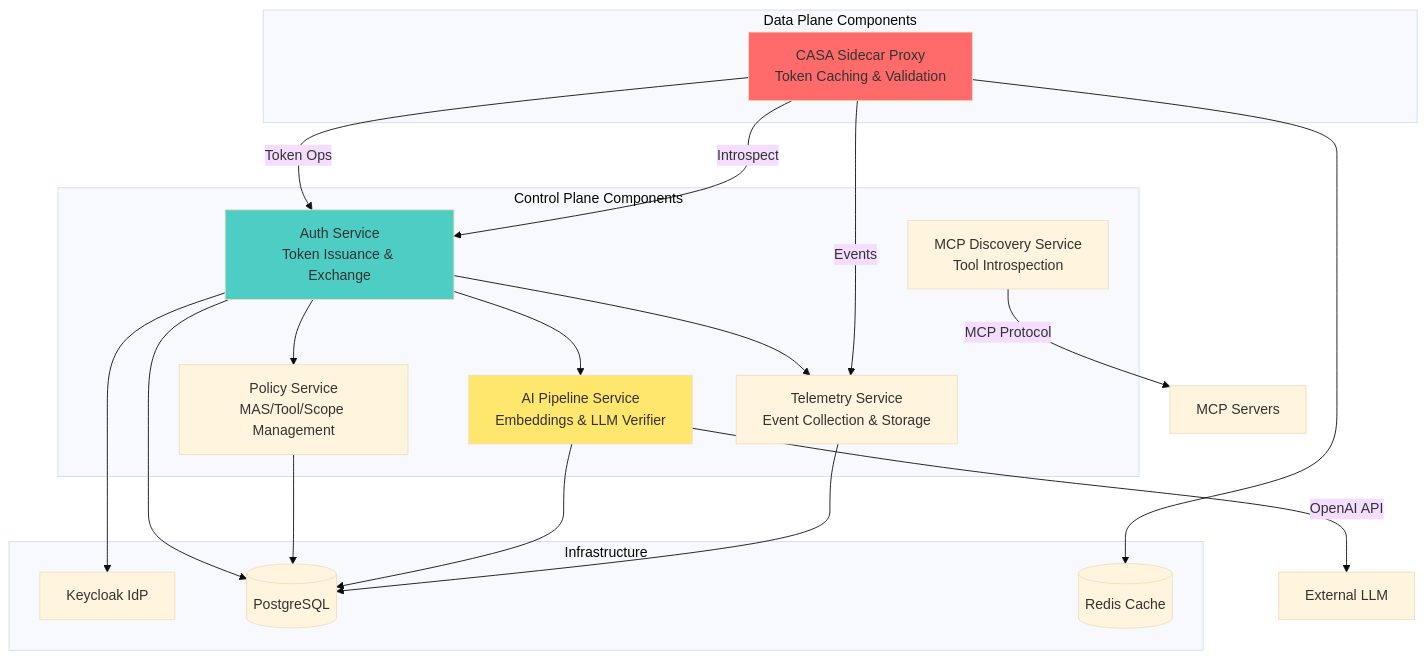
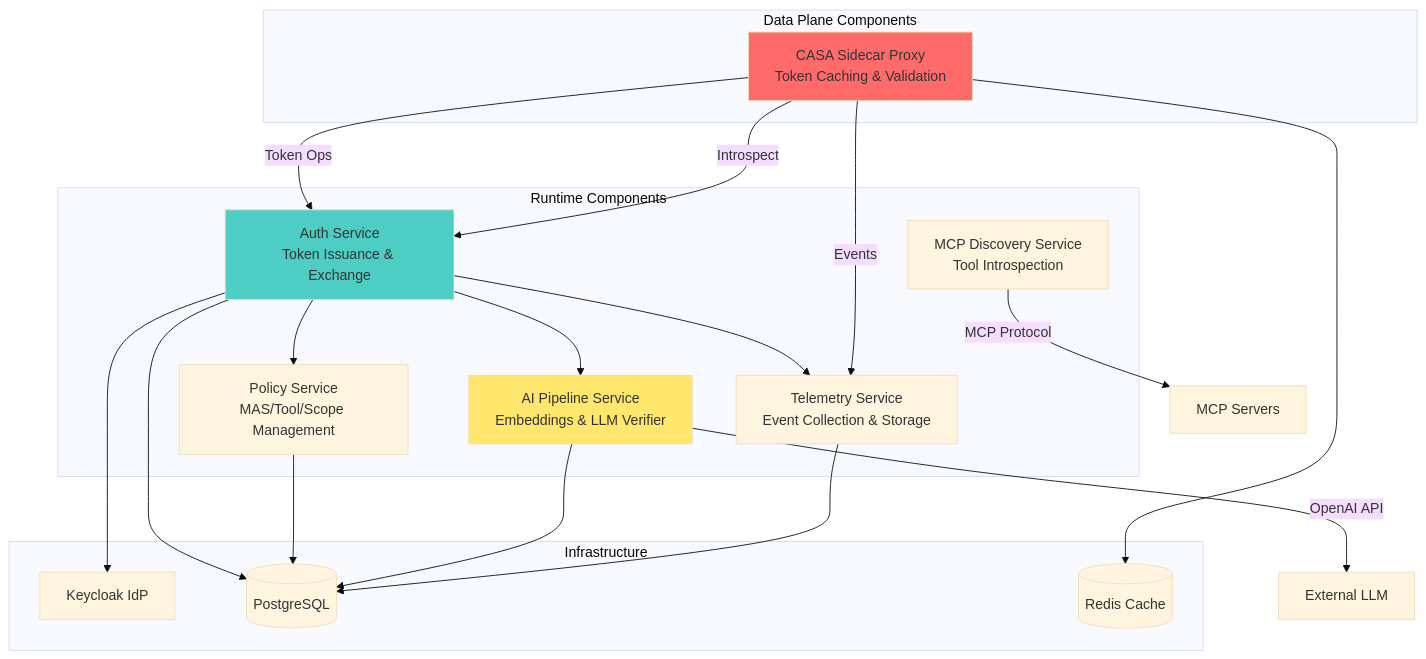
Before and after one commit to outshift-open/CASA: the fourth of 16 diagrams in docs/dev/specs/SPECS.md, drawn with Mermaid (base theme). The commit also changed other lines of this file and 95 other files, not shown here.

````diff
--- a/docs/dev/specs/SPECS.md
+++ b/docs/dev/specs/SPECS.md
@@ -265,41 +265,41 @@
 ```mermaid
 graph TB
-    subgraph "Control Plane Components"
+    subgraph "Runtime Components"
         AUTH[Auth Service<br/>Token Issuance & Exchange]
         POLICY[Policy Service<br/>MAS/Tool/Scope Management]
         PIPE[AI Pipeline Service<br/>Embeddings & LLM Verifier]
         TELEM[Telemetry Service<br/>Event Collection & Storage]
         DISC[MCP Discovery Service<br/>Tool Introspection]
     end
 
     subgraph "Data Plane Components"
         SIDECAR[CASA Sidecar Proxy<br/>Token Caching & Validation]
     end
 
     subgraph "Infrastructure"
         KC[Keycloak IdP]
         PG[(PostgreSQL)]
         REDIS[(Redis Cache)]
     end
 
     AUTH --> KC
     AUTH --> PG
     AUTH --> POLICY
     AUTH --> PIPE
     AUTH --> TELEM
 
     POLICY --> PG
     PIPE --> PG
     PIPE -->|OpenAI API| EXT[External LLM]
     TELEM --> PG
     DISC -->|MCP Protocol| MCP_EXT[MCP Servers]
 
     SIDECAR -->|Token Ops| AUTH
     SIDECAR -->|Introspect| AUTH
     SIDECAR --> REDIS
     SIDECAR -->|Events| TELEM
 
     style AUTH fill:#4ecdc4
     style SIDECAR fill:#ff6b6b
     style PIPE fill:#ffe66d
 ```
````
